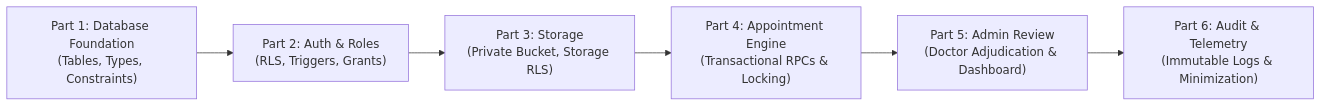
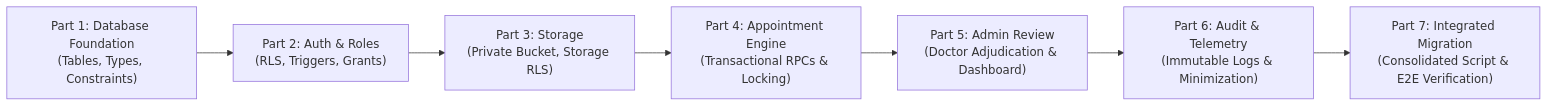
Before and after one commit to rakeshn7/VoiceCare: the diagram in docs/phase-2/README.md, drawn with Mermaid. The commit also changed other lines of this file and 8 other files, not shown here.

Commit message:
feat(phase-2): complete part 7 integrated migration, security audit and verification orchestrator

````diff
--- a/docs/phase-2/README.md
+++ b/docs/phase-2/README.md
@@ -146,8 +154,9 @@
 ```mermaid
 flowchart LR
     P1["Part 1: Database Foundation<br/>(Tables, Types, Constraints)"] --> P2["Part 2: Auth & Roles<br/>(RLS, Triggers, Grants)"]
     P2 --> P3["Part 3: Storage<br/>(Private Bucket, Storage RLS)"]
     P3 --> P4["Part 4: Appointment Engine<br/>(Transactional RPCs & Locking)"]
     P4 --> P5["Part 5: Admin Review<br/>(Doctor Adjudication & Dashboard)"]
     P5 --> P6["Part 6: Audit & Telemetry<br/>(Immutable Logs & Minimization)"]
+    P6 --> P7["Part 7: Integrated Migration<br/>(Consolidated Script & E2E Verification)"]
 ```
````
